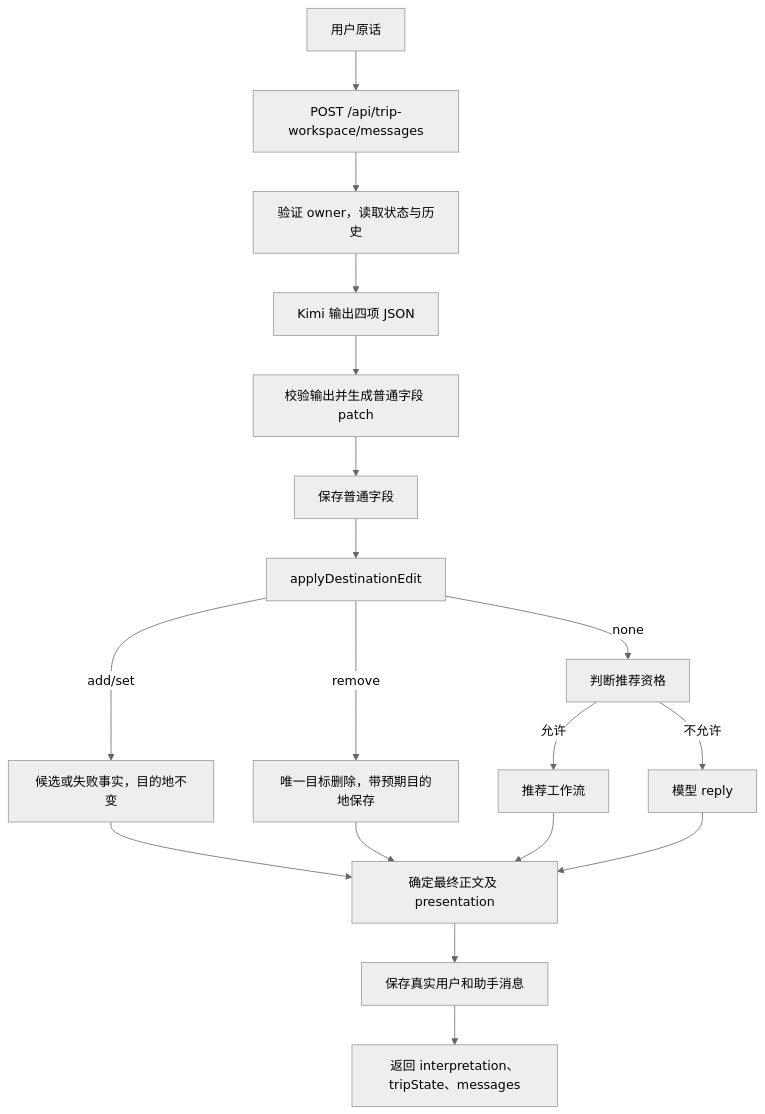
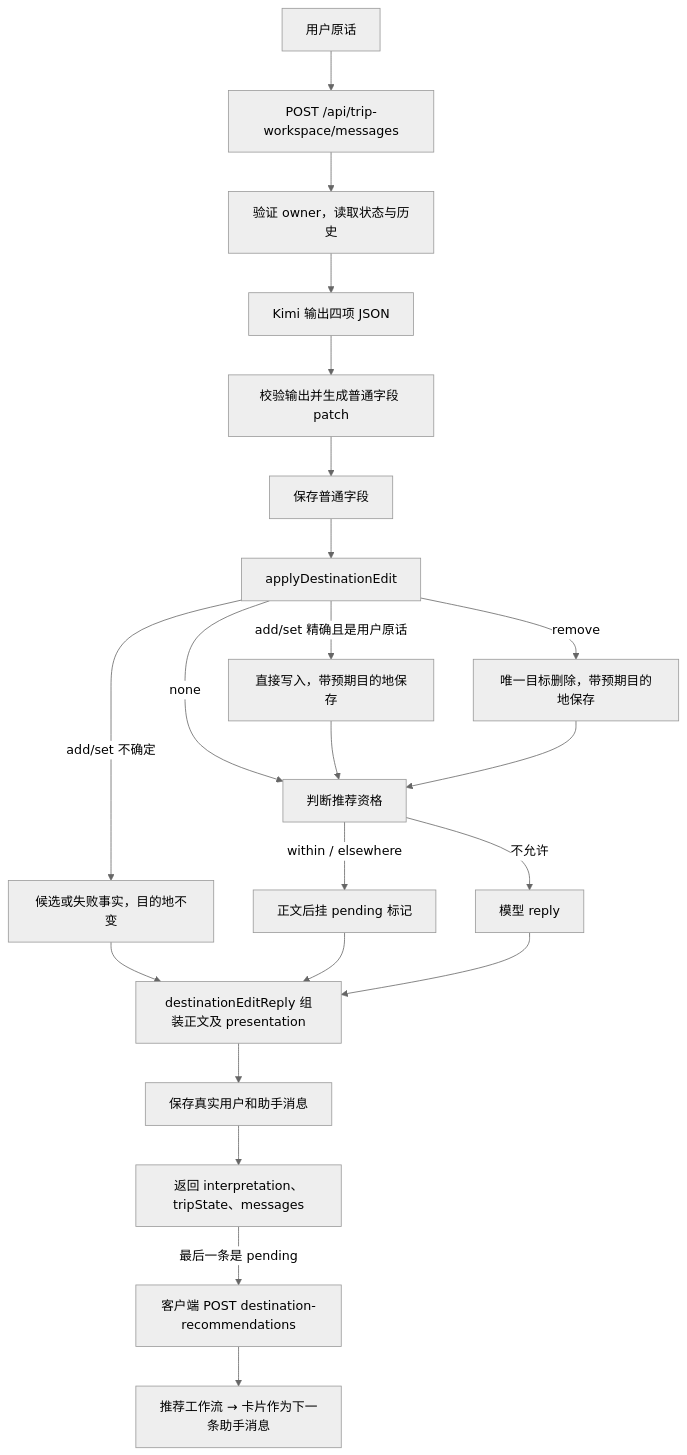
One commit to meiyulin22/Meri-Road-Trip changed the third of 3 diagrams in docs/USER_FLOW_CURRENT.md. Above: the diagram before and after it, drawn with Mermaid (neutral theme). The commit also changed other lines of this file and 54 other files, not shown here.

````diff
--- a/docs/USER_FLOW_CURRENT.md
+++ b/docs/USER_FLOW_CURRENT.md
@@ -119,20 +122,24 @@
 ```mermaid
 flowchart TD
   U[用户原话] --> A[POST /api/trip-workspace/messages]
   A --> B[验证 owner，读取状态与历史]
   B --> C[Kimi 输出四项 JSON]
   C --> D[校验输出并生成普通字段 patch]
   D --> E[保存普通字段]
   E --> F[applyDestinationEdit]
-  F -->|add/set| G[候选或失败事实，目的地不变]
+  F -->|add/set 精确且是用户原话| G1[直接写入，带预期目的地保存]
+  F -->|add/set 不确定| G[候选或失败事实，目的地不变]
   F -->|remove| H[唯一目标删除，带预期目的地保存]
   F -->|none| I[判断推荐资格]
-  I -->|允许| J[推荐工作流]
+  G1 --> I
+  H --> I
+  I -->|within / elsewhere| J[正文后挂 pending 标记]
   I -->|不允许| K[模型 reply]
-  G --> L[确定最终正文及 presentation]
-  H --> L
+  G --> L[destinationEditReply 组装正文及 presentation]
   J --> L
   K --> L
   L --> M[保存真实用户和助手消息]
   M --> N[返回 interpretation、tripState、messages]
+  N -->|最后一条是 pending| P[客户端 POST destination-recommendations]
+  P --> Q[推荐工作流 → 卡片作为下一条助手消息]
 ```
````
